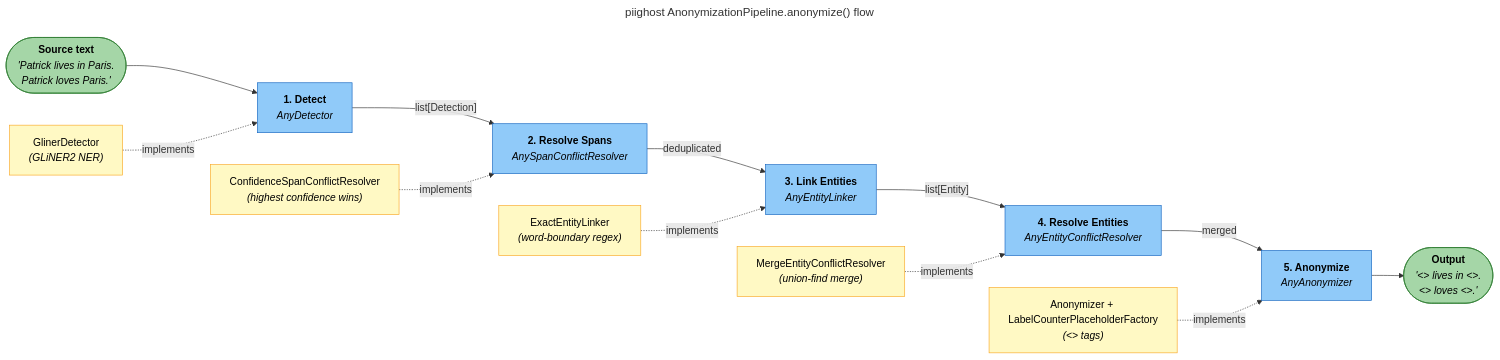
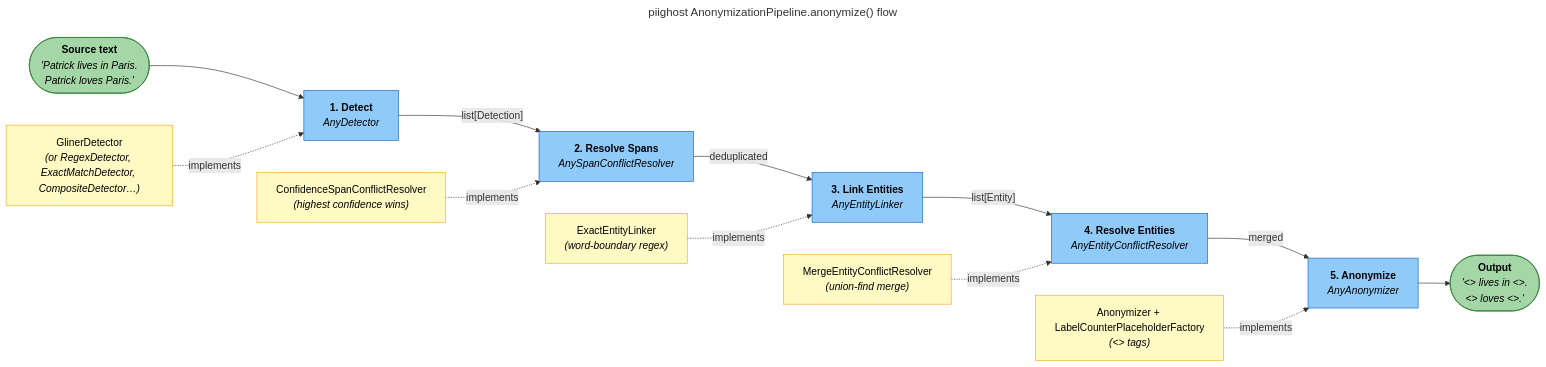
Before and after one commit to Athroniaeth/piighost: the second of 4 diagrams in docs/en/architecture.md, drawn with Mermaid. The commit also changed other lines of this file and 9 other files, not shown here.

````diff
--- a/docs/en/architecture.md
+++ b/docs/en/architecture.md
@@ -89,52 +89,52 @@
 ```mermaid
 ---
 title: "piighost AnonymizationPipeline.anonymize() flow"
 ---
 flowchart LR
     classDef stage fill:#90CAF9,stroke:#1565C0,color:#000
     classDef protocol fill:#FFF9C4,stroke:#F9A825,color:#000
     classDef data fill:#A5D6A7,stroke:#2E7D32,color:#000
 
     INPUT(["`**Source text**
     _'Patrick lives in Paris.
     Patrick loves Paris.'_`"]):::data
 
     DETECT["`**1. Detect**
     _AnyDetector_`"]:::stage
     RESOLVE_SPANS["`**2. Resolve Spans**
     _AnySpanConflictResolver_`"]:::stage
     LINK["`**3. Link Entities**
     _AnyEntityLinker_`"]:::stage
     RESOLVE_ENTITIES["`**4. Resolve Entities**
     _AnyEntityConflictResolver_`"]:::stage
     ANONYMIZE["`**5. Anonymize**
     _AnyAnonymizer_`"]:::stage
 
     OUTPUT(["`**Output**
     _'<<PERSON:1>> lives in <<LOCATION:1>>.
     <<PERSON:1>> loves <<LOCATION:1>>.'_`"]):::data
 
     INPUT --> DETECT
     DETECT -- "list[Detection]" --> RESOLVE_SPANS
     RESOLVE_SPANS -- "deduplicated" --> LINK
     LINK -- "list[Entity]" --> RESOLVE_ENTITIES
     RESOLVE_ENTITIES -- "merged" --> ANONYMIZE
     ANONYMIZE --> OUTPUT
 
     P_DETECT["`GlinerDetector
-    _(GLiNER2 NER)_`"]:::protocol
+    _(or RegexDetector, ExactMatchDetector, CompositeDetector…)_`"]:::protocol
     P_RESOLVE_SPANS["`ConfidenceSpanConflictResolver
     _(highest confidence wins)_`"]:::protocol
     P_LINK["`ExactEntityLinker
     _(word-boundary regex)_`"]:::protocol
     P_RESOLVE_ENTITIES["`MergeEntityConflictResolver
     _(union-find merge)_`"]:::protocol
     P_ANONYMIZE["`Anonymizer + LabelCounterPlaceholderFactory
     _(<<LABEL:N>> tags)_`"]:::protocol
 
     P_DETECT -. "implements" .-> DETECT
     P_RESOLVE_SPANS -. "implements" .-> RESOLVE_SPANS
     P_LINK -. "implements" .-> LINK
     P_RESOLVE_ENTITIES -. "implements" .-> RESOLVE_ENTITIES
     P_ANONYMIZE -. "implements" .-> ANONYMIZE
 ```
````
